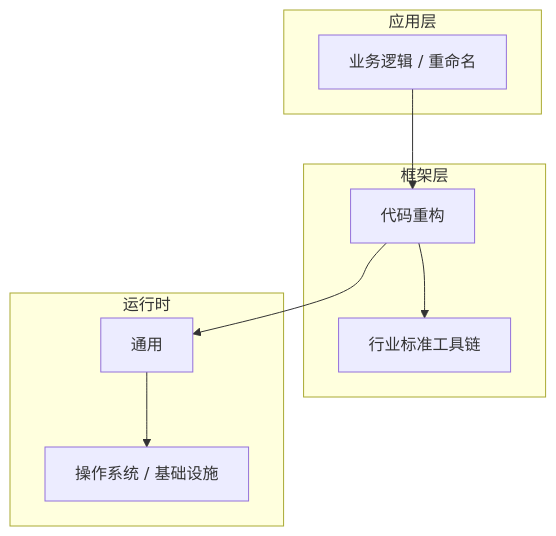
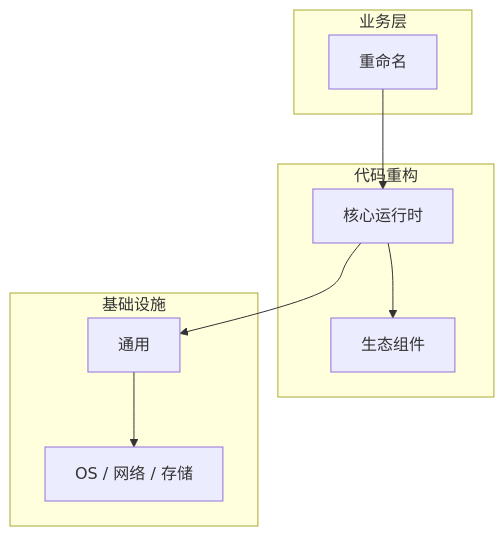
Before and after one commit to yanggan2015/knowledge-json-v2: the diagram in articles/代码重构/chapters/031-重命名核心概念与原理.md, drawn with Mermaid. The commit also changed other lines of this file and 10127 other files, not shown here.

````diff
--- a/articles/代码重构/chapters/031-重命名核心概念与原理.md
+++ b/articles/代码重构/chapters/031-重命名核心概念与原理.md
@@ -45,18 +34,18 @@
 ```mermaid
 graph TB
-    subgraph 应用层
-        A[业务逻辑 / 重命名]
+    subgraph 业务层
+        A[重命名]
     end
-    subgraph 框架层
-        B[代码重构]
-        C[行业标准工具链]
+    subgraph 代码重构
+        B[核心运行时]
+        C[生态组件]
     end
-    subgraph 运行时
+    subgraph 基础设施
         D[通用]
-        E[操作系统 / 基础设施]
+        E[OS / 网络 / 存储]
     end
     A --> B
     B --> C
     B --> D
     D --> E
 ```
````
